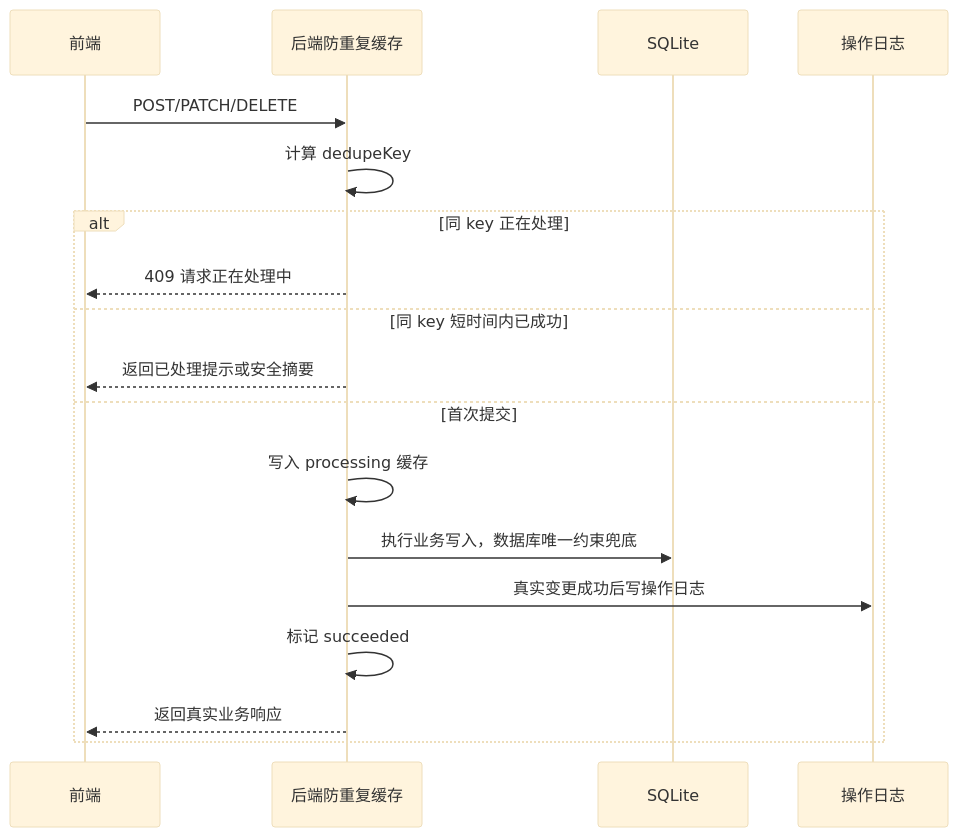
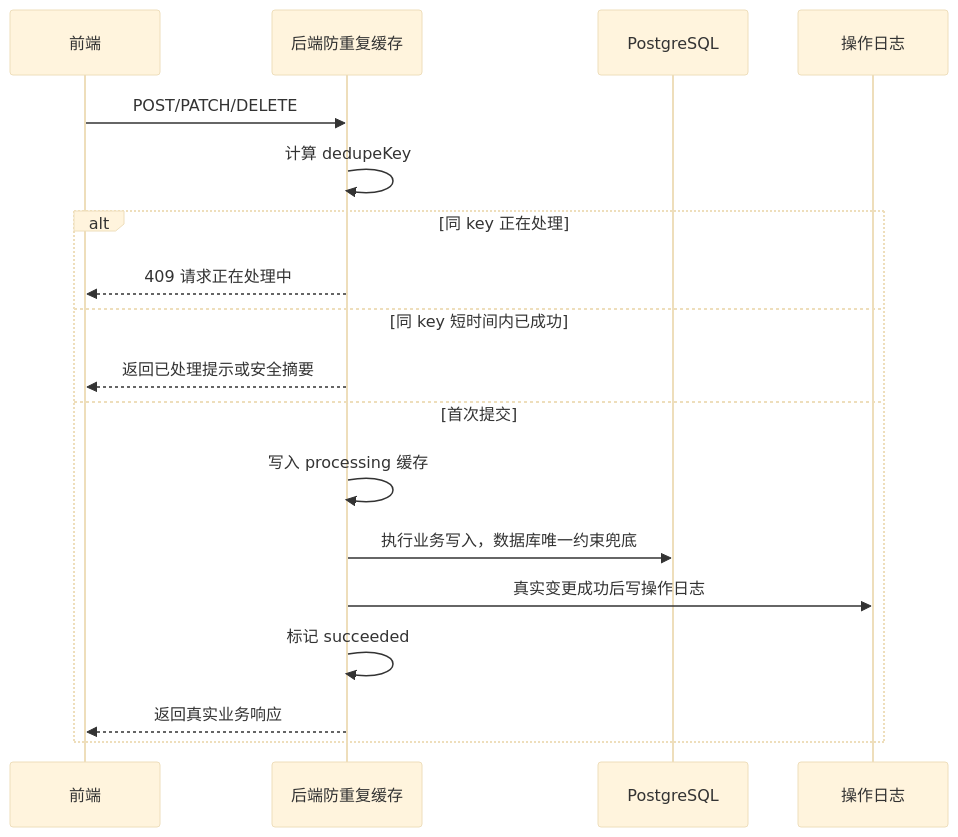
One commit to huanmin123/juhe-ai changed the diagram in docs/functions/幂等与唯一约束设计.md. Above: the diagram before and after it, drawn with Mermaid (base theme). The commit also changed other lines of this file and 134 other files, not shown here.

````diff
--- a/docs/functions/幂等与唯一约束设计.md
+++ b/docs/functions/幂等与唯一约束设计.md
@@ -161,21 +163,21 @@
 ```mermaid
 sequenceDiagram
   participant FE as 前端
   participant API as 后端防重复缓存
-  participant DB as SQLite
+  participant DB as PostgreSQL
   participant LOG as 操作日志
 
   FE->>API: POST/PATCH/DELETE
   API->>API: 计算 dedupeKey
   alt 同 key 正在处理
     API-->>FE: 409 请求正在处理中
   else 同 key 短时间内已成功
     API-->>FE: 返回已处理提示或安全摘要
   else 首次提交
     API->>API: 写入 processing 缓存
     API->>DB: 执行业务写入，数据库唯一约束兜底
     API->>LOG: 真实变更成功后写操作日志
     API->>API: 标记 succeeded
     API-->>FE: 返回真实业务响应
   end
 ```
````
